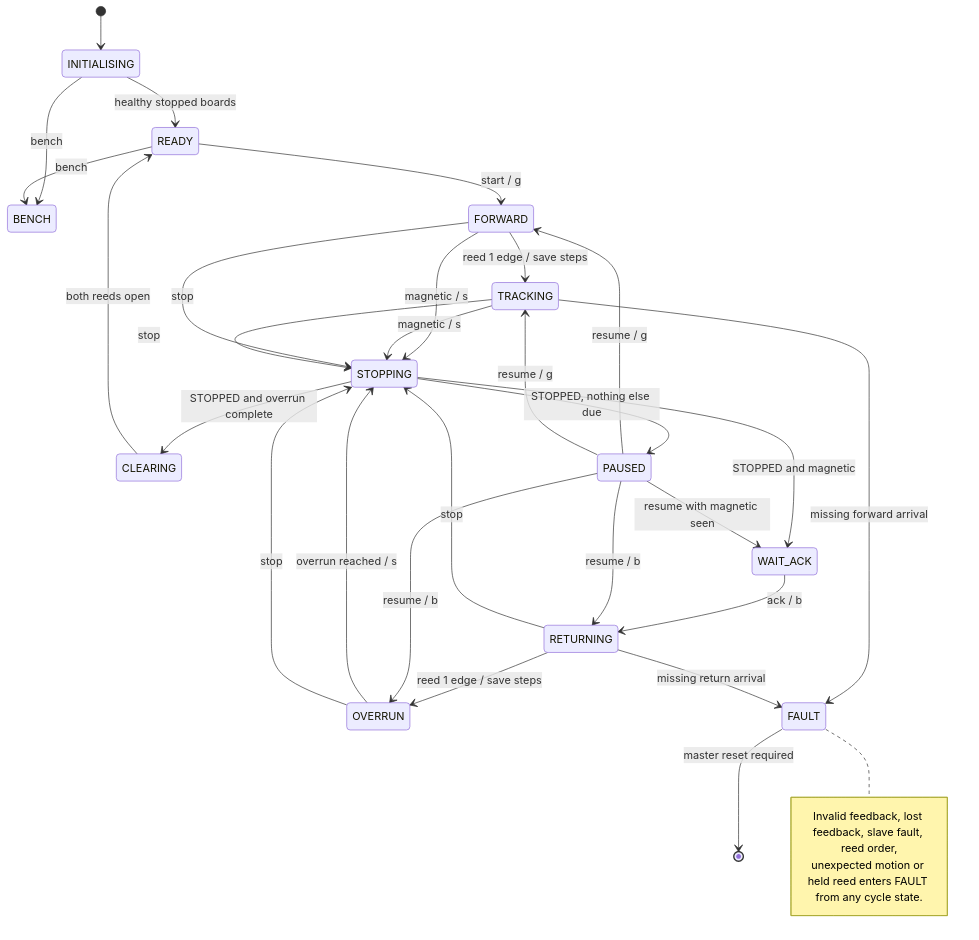
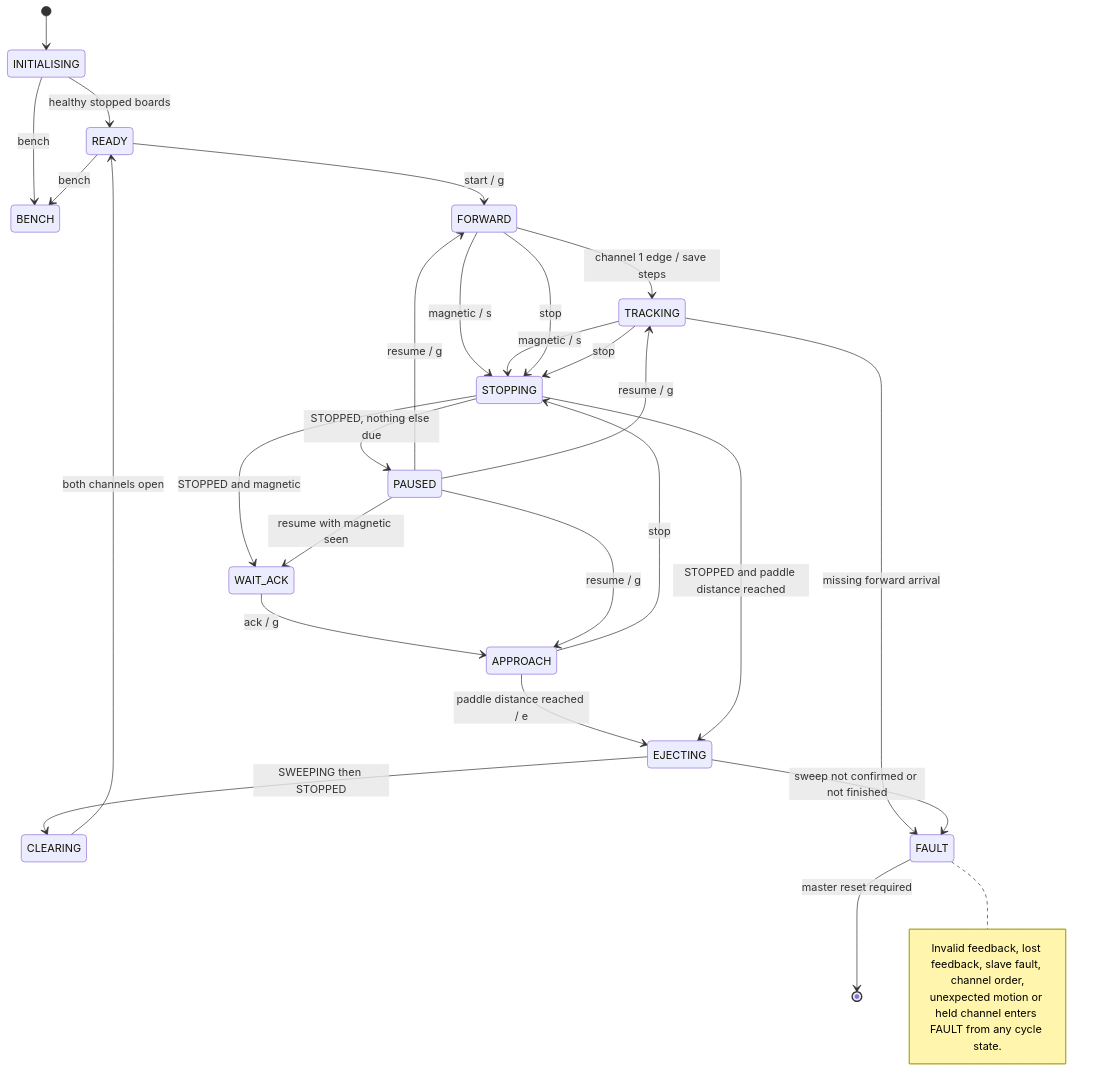
One commit to jay-nicholson/icte4005 changed the diagram in master/README.md. Above: the diagram before and after it, drawn with Mermaid. The commit also changed other lines of this file and 26 other files, not shown here.

````diff
--- a/master/README.md
+++ b/master/README.md
@@ -65,34 +65,32 @@
 ```mermaid
 stateDiagram-v2
     [*] --> INITIALISING
     INITIALISING --> READY: healthy stopped boards
     INITIALISING --> BENCH: bench
     READY --> BENCH: bench
     READY --> FORWARD: start / g
-    FORWARD --> TRACKING: reed 1 edge / save steps
+    FORWARD --> TRACKING: channel 1 edge / save steps
     FORWARD --> STOPPING: magnetic / s
     TRACKING --> STOPPING: magnetic / s
     STOPPING --> WAIT_ACK: STOPPED and magnetic
-    WAIT_ACK --> RETURNING: ack / b
-    RETURNING --> OVERRUN: reed 1 edge / save steps
-    OVERRUN --> STOPPING: overrun reached / s
-    STOPPING --> CLEARING: STOPPED and overrun complete
-    CLEARING --> READY: both reeds open
+    WAIT_ACK --> APPROACH: ack / g
+    APPROACH --> EJECTING: paddle distance reached / e
+    EJECTING --> CLEARING: SWEEPING then STOPPED
+    STOPPING --> EJECTING: STOPPED and paddle distance reached
+    CLEARING --> READY: both channels open
     FORWARD --> STOPPING: stop
     TRACKING --> STOPPING: stop
-    RETURNING --> STOPPING: stop
-    OVERRUN --> STOPPING: stop
+    APPROACH --> STOPPING: stop
     STOPPING --> PAUSED: STOPPED, nothing else due
     PAUSED --> FORWARD: resume / g
     PAUSED --> TRACKING: resume / g
-    PAUSED --> RETURNING: resume / b
-    PAUSED --> OVERRUN: resume / b
+    PAUSED --> APPROACH: resume / g
     PAUSED --> WAIT_ACK: resume with magnetic seen
     TRACKING --> FAULT: missing forward arrival
-    RETURNING --> FAULT: missing return arrival
+    EJECTING --> FAULT: sweep not confirmed or not finished
     FAULT --> [*]: master reset required
     note right of FAULT
-        Invalid feedback, lost feedback, slave fault, reed order,
-        unexpected motion or held reed enters FAULT from any cycle state.
+        Invalid feedback, lost feedback, slave fault, channel order,
+        unexpected motion or held channel enters FAULT from any cycle state.
     end note
 ```
````
